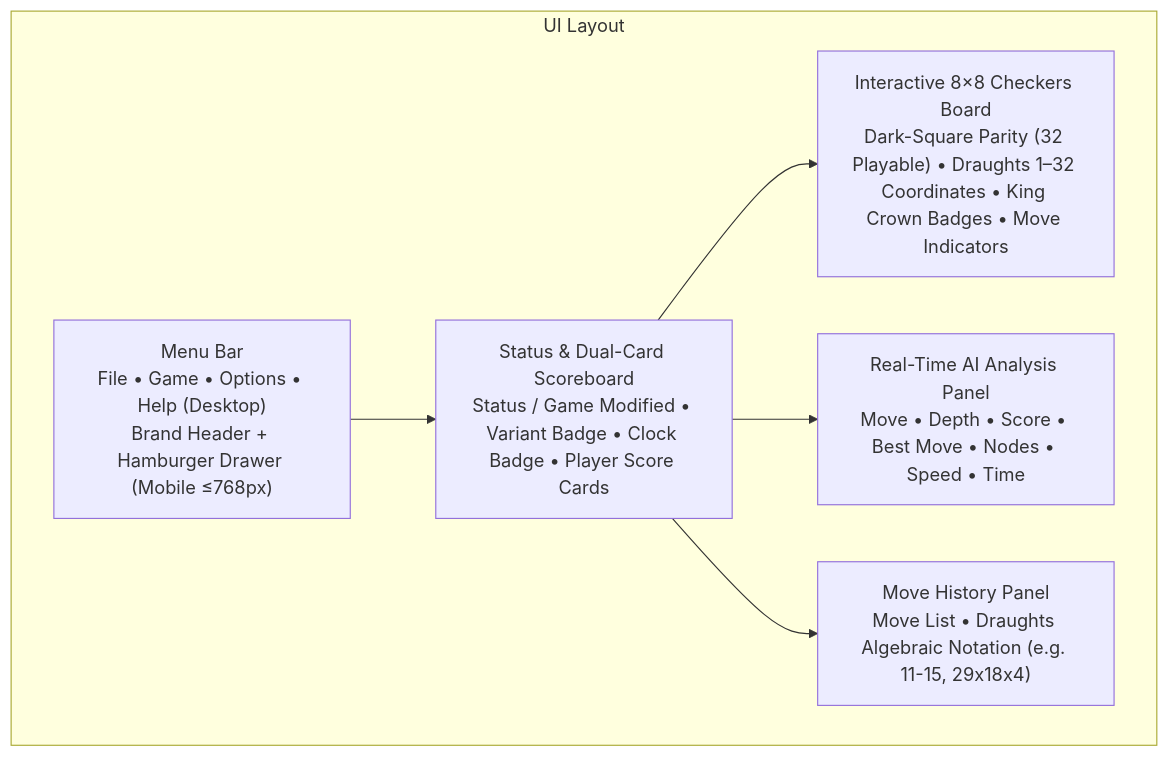
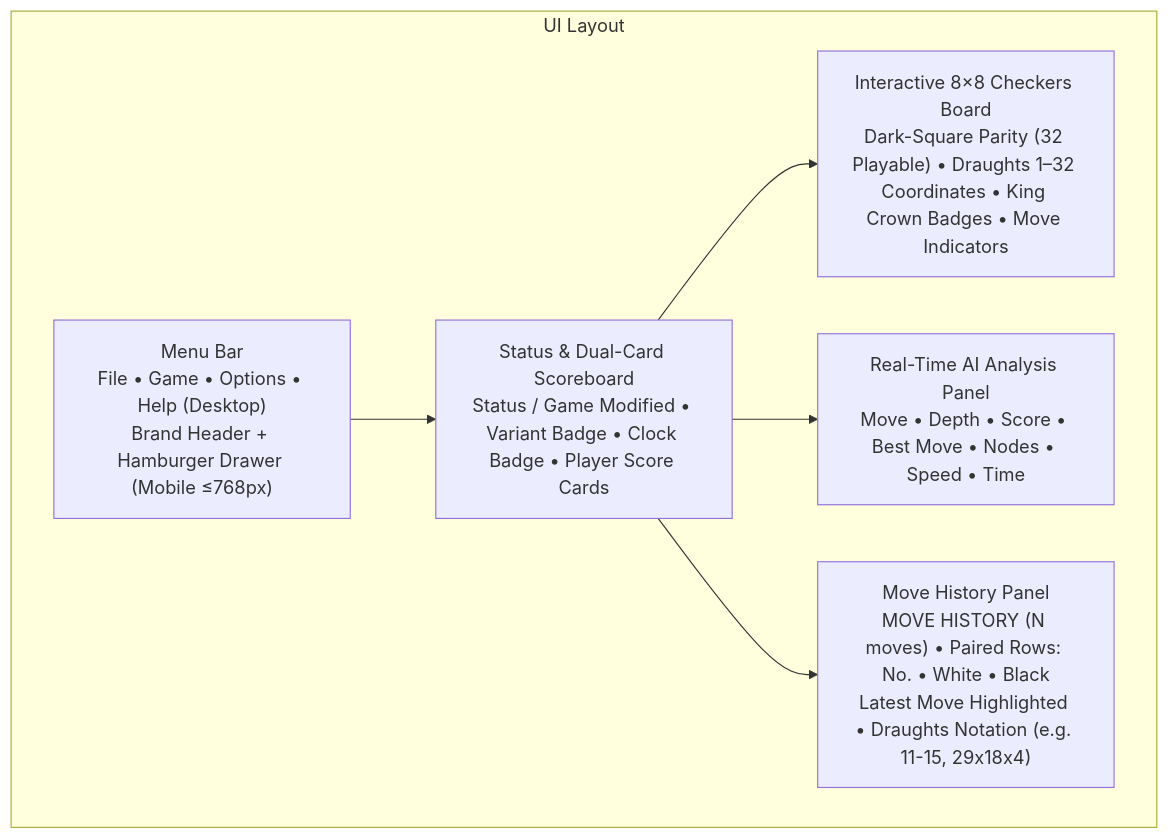
One commit to cjp-dev/Checkers changed the first of 2 diagrams in docs/brain/14-gui-and-settings.md. Above: the diagram before and after it, drawn with Mermaid. The commit also changed other lines of this file and 21 other files, not shown here.

````diff
--- a/docs/brain/14-gui-and-settings.md
+++ b/docs/brain/14-gui-and-settings.md
@@ -17,15 +17,15 @@
 ```mermaid
 graph TD
     subgraph UI Layout
         MenuBar["Menu Bar<br/>File • Game • Options • Help (Desktop)<br/>Brand Header + Hamburger Drawer (Mobile ≤768px)"]
         Scoreboard["Status &amp; Dual-Card Scoreboard<br/>Status / Game Modified • Variant Badge • Clock Badge • Player Score Cards"]
         Board["Interactive 8×8 Checkers Board<br/>Dark-Square Parity (32 Playable) • Draughts 1–32 Coordinates • King Crown Badges • Move Indicators"]
         Analysis["Real-Time AI Analysis Panel<br/>Move • Depth • Score • Best Move • Nodes • Speed • Time"]
-        History["Move History Panel<br/>Move List • Draughts Algebraic Notation (e.g. 11-15, 29x18x4)"]
+        History["Move History Panel<br/>MOVE HISTORY (N moves) • Paired Rows: No. • White • Black<br/>Latest Move Highlighted • Draughts Notation (e.g. 11-15, 29x18x4)"]
     end
 
     MenuBar --> Scoreboard
     Scoreboard --> Board
     Scoreboard --> Analysis
     Scoreboard --> History
 ```
````
